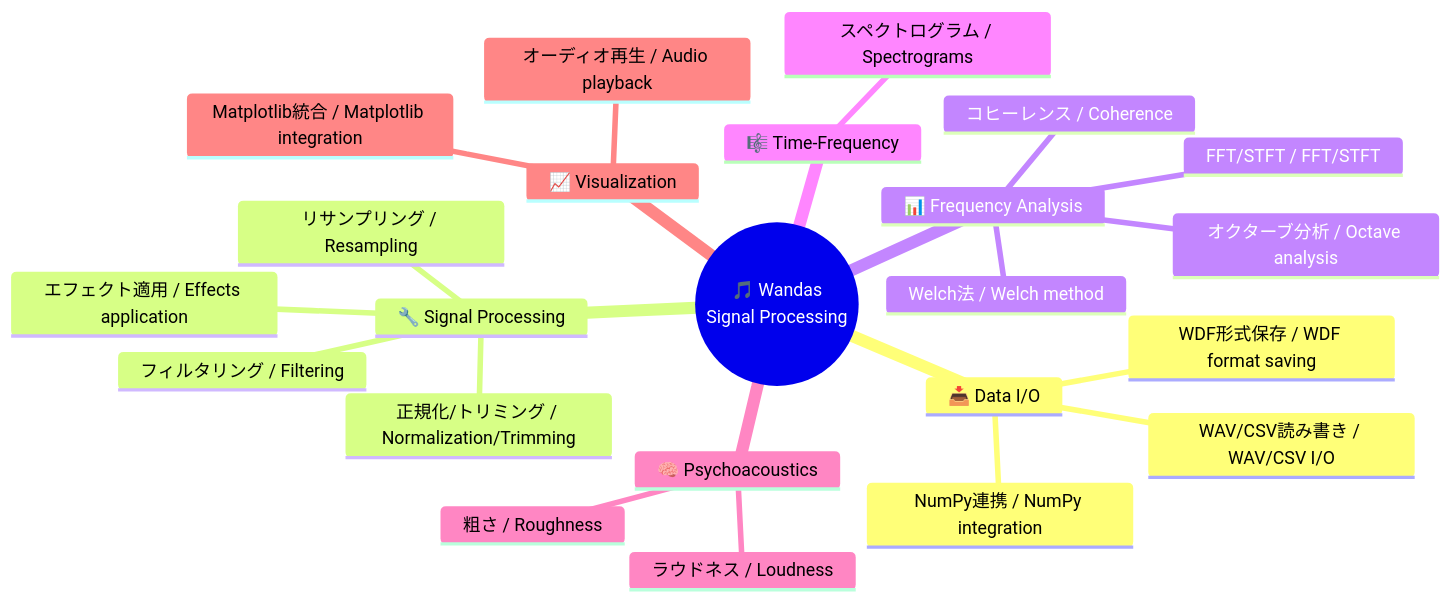
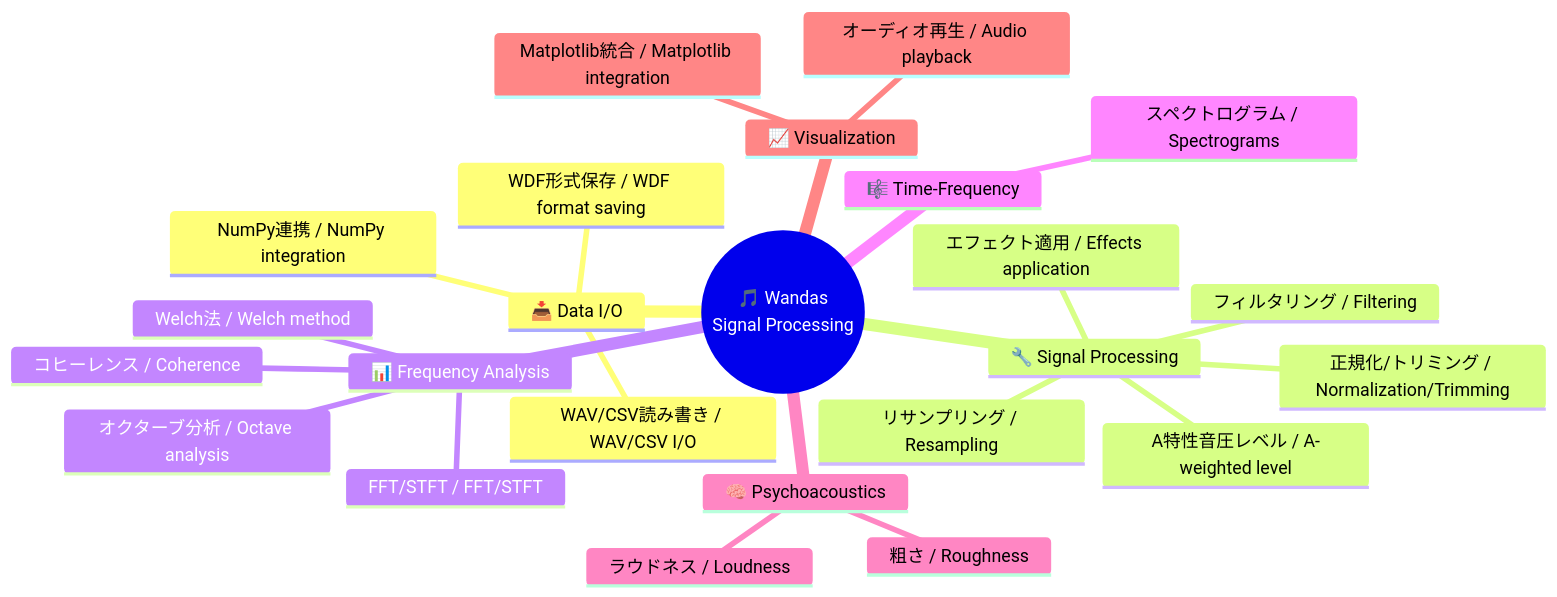
One commit to kasahart/wandas changed the diagram in README.md. Above: the diagram before and after it, drawn with Mermaid. The commit also changed other lines of this file and 1 other file, not shown here.

Commit message:
feat: add A-weighted sound level with time constant example to notebook and README
- Merge v0.1.17 branch which contains the sound_level() implementation
- Add 4 new cells to 04_advanced_processing.ipynb between N-octave and dataset
  processing sections demonstrating LAF/LAS with time constants
- Update README.md to list sound pressure level analysis as a key feature
  and add A-weighted level to the mindmap

Agent-Logs-Url: https://github.com/kasahart/wandas/sessions/02c977af-6019-4e86-ad90-cafa00530ea5

````diff
--- a/README.md
+++ b/README.md
@@ -108,26 +109,27 @@
 ```mermaid
 mindmap
   root((🎵 Wandas<br/>Signal Processing))
     📥 Data I/O
       WAV/CSV読み書き / WAV/CSV I/O
       WDF形式保存 / WDF format saving
       NumPy連携 / NumPy integration
     🔧 Signal Processing
       フィルタリング / Filtering
       正規化/トリミング / Normalization/Trimming
       リサンプリング / Resampling
       エフェクト適用 / Effects application
+      A特性音圧レベル / A-weighted level
     📊 Frequency Analysis
       FFT/STFT / FFT/STFT
       Welch法 / Welch method
       コヒーレンス / Coherence
       オクターブ分析 / Octave analysis
     🎼 Time-Frequency
       スペクトログラム / Spectrograms
     🧠 Psychoacoustics
       ラウドネス / Loudness
       粗さ / Roughness
     📈 Visualization
       Matplotlib統合 / Matplotlib integration
       オーディオ再生 / Audio playback
 ```
````
